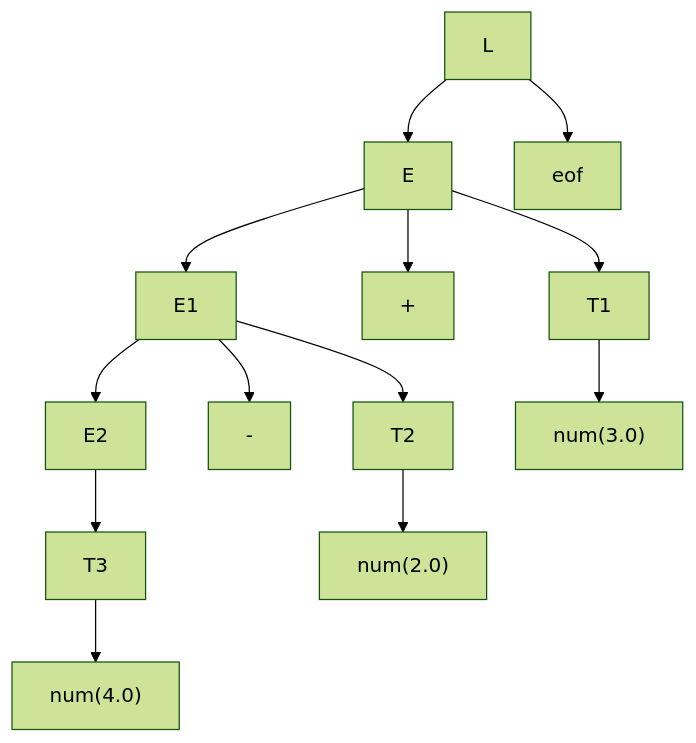
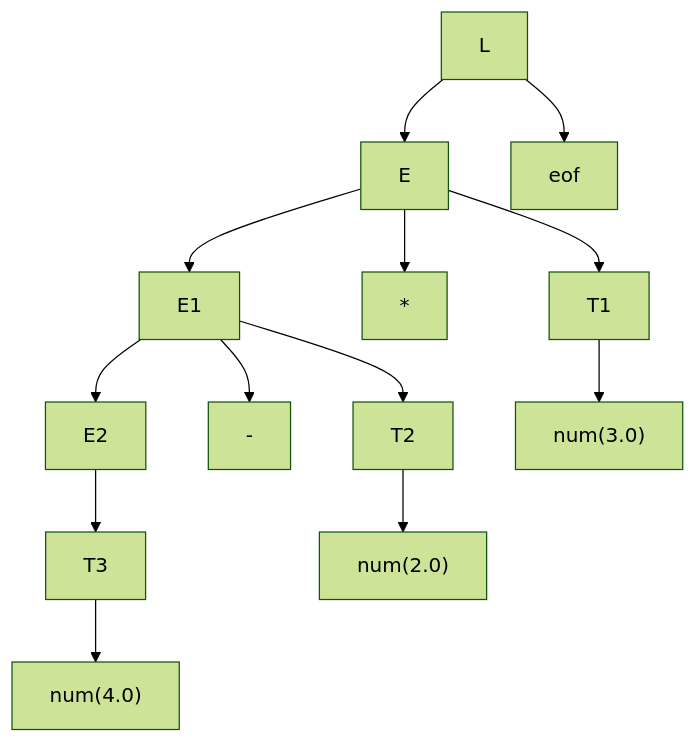
One commit to ULL-ESIT-PL-2526/04-traduccion-dirigida-sintaxis-sara-darias-sanchez-alu0101484570 changed the diagram in README.md. Above: the diagram before and after it, drawn with Mermaid (forest theme). The commit also changed other lines of this file, not shown here.

````diff
--- a/README.md
+++ b/README.md
@@ -93,22 +93,22 @@
 ```mermaid
 graph TD
 L --> E
 L --> eof
 
 E --> E1
 E --> OP1
 E --> T1
 
 E1 --> E2
 E1 --> OP2
 E1 --> T2
 
 E2 --> T3
 T3 --> N40["num(4.0)"]
 
 T2 --> N20["num(2.0)"]
 T1 --> N30["num(3.0)"]
 
-OP1["+"] 
+OP1["*"] 
 OP2["-"]
 ```
````
